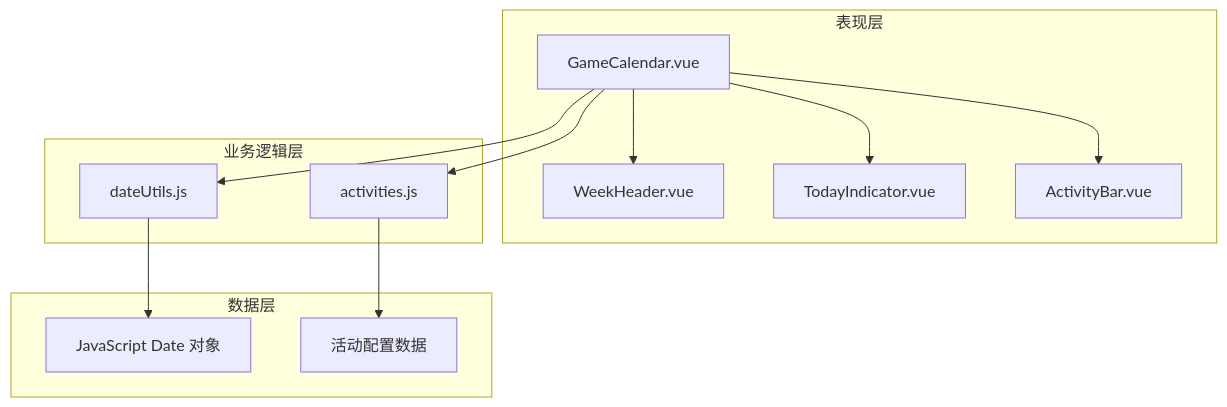
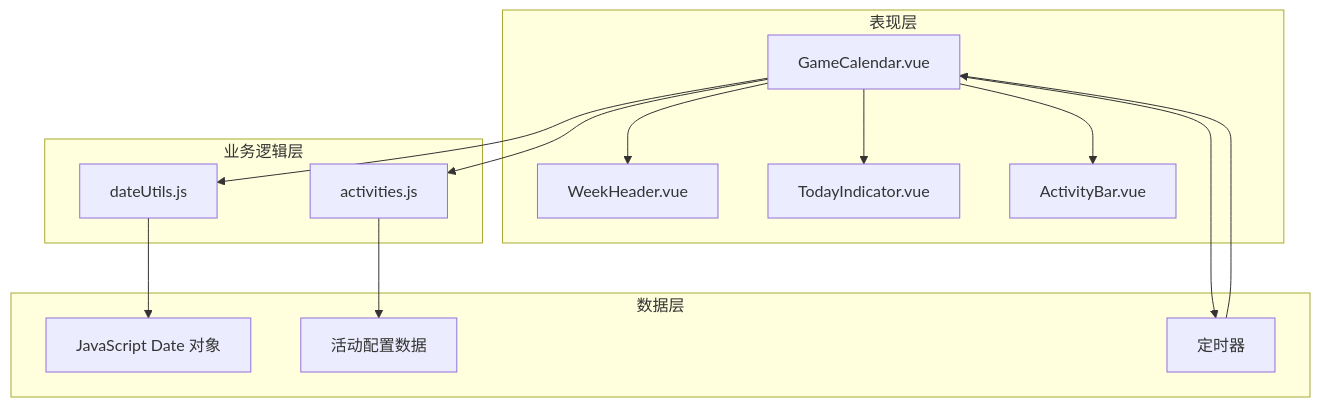
The third of 12 diagrams in .qoder/repowiki/zh/content/核心组件/GameCalendar 主容器组件.md (xuanyulingnfeg/gameCalendar), drawn with Mermaid before and after one commit. The commit also changed other lines of this file and 7 other files, not shown here.

````diff
--- a/.qoder/repowiki/zh/content/核心组件/GameCalendar 主容器组件.md
+++ b/.qoder/repowiki/zh/content/核心组件/GameCalendar 主容器组件.md
@@ -120,24 +133,27 @@
 ```mermaid
 graph TB
 subgraph "表现层"
 GameCalendar[GameCalendar.vue]
 WeekHeader[WeekHeader.vue]
 TodayIndicator[TodayIndicator.vue]
 ActivityBar[ActivityBar.vue]
 end
 subgraph "业务逻辑层"
 DateUtils[dateUtils.js]
 ActivitiesConfig[activities.js]
 end
 subgraph "数据层"
 Date[JavaScript Date 对象]
 Config[活动配置数据]
+Timer[定时器]
 end
 GameCalendar --> WeekHeader
 GameCalendar --> TodayIndicator
 GameCalendar --> ActivityBar
 GameCalendar --> DateUtils
 GameCalendar --> ActivitiesConfig
 DateUtils --> Date
 ActivitiesConfig --> Config
+Timer --> GameCalendar
+GameCalendar --> Timer
 ```
````
